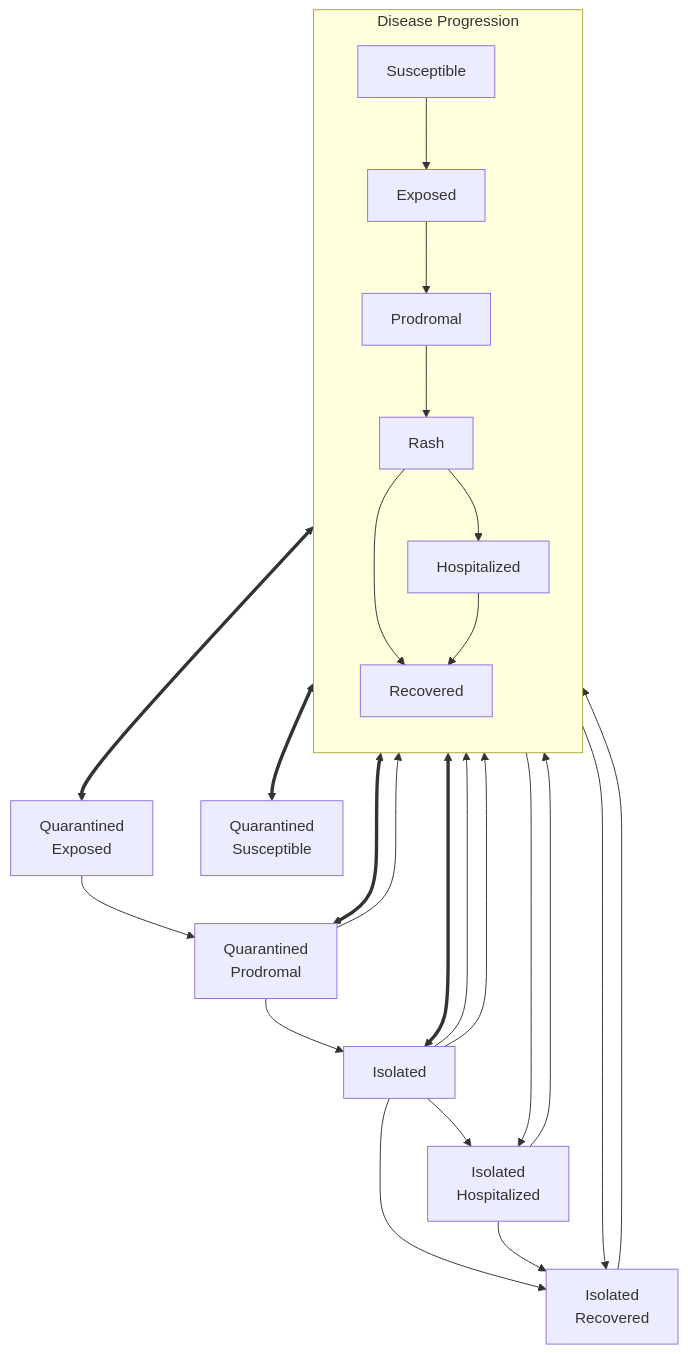
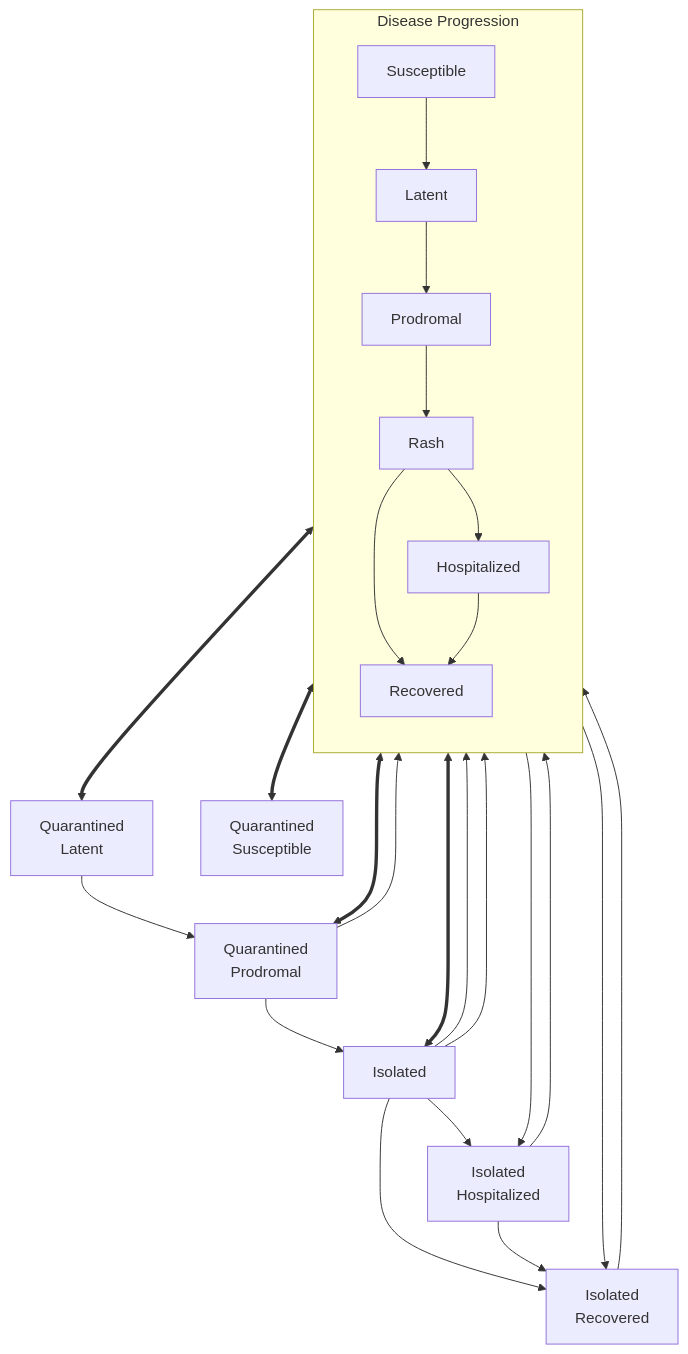
The diagram in include/epiworld/models/measlesschool.mmd (UofUEpiBio/epiworld), drawn with Mermaid before and after one commit. The commit also changed 11 other files, not shown here.

First line of the commit message:
Rename "Exposed" to "Latent" in measles models (#204)

```diff
--- a/include/epiworld/models/measlesschool.mmd
+++ b/include/epiworld/models/measlesschool.mmd
@@ -1,52 +1,52 @@
 flowchart TB
 
     %% Disease progression states
     subgraph Main[Disease Progression]
         direction TB
         S[Susceptible]
-        E[Exposed]
+        E[Latent]
         P[Prodromal]
         Ra[Rash]
         Re[Recovered]
         H[Hospitalized]
     end
 
     S --> E
     E --> P
     P --> Ra
     Ra --> Re
     
     Ra --> H
     H --> Re
 
     %% Quarantine states
-    Qe[Quarantined<br>Exposed]
+    Qe[Quarantined<br>Latent]
     Qs[Quarantined<br>Susceptible]
     Qp[Quarantined<br>Prodromal]
     I[Isolated]
     Ih[Isolated<br>Hospitalized]
     Ir[Isolated<br>Recovered]
 
     %% Isolation process
     Ra <==> I
     Ra --> Ir
     Ra --> Ih
 
     I --> Re
     I --> Ih
     I --> H
 
     I --> Ir
     Ih --> Ir
     Ih --> Re
     Ir --> Re
 
     %% Quarantine process
     S <==> Qs
     E <==> Qe
 
     Qe --> Qp
     Qp --> I
     Qp --> Ra
 
     P <==> Qp
```
